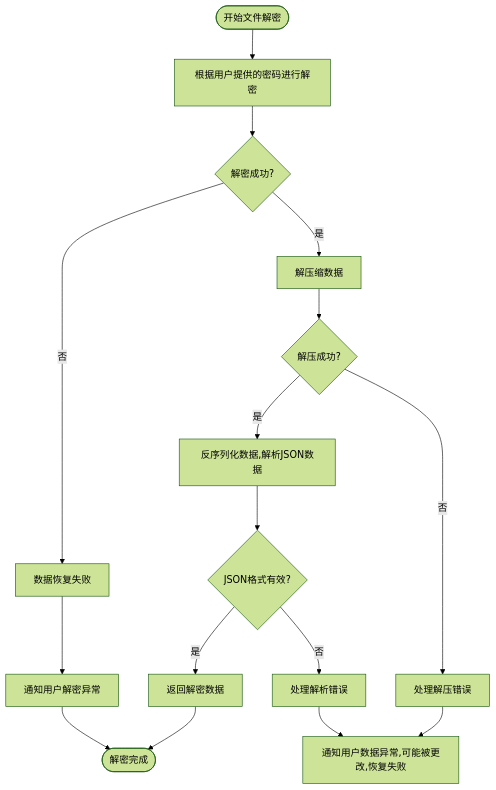
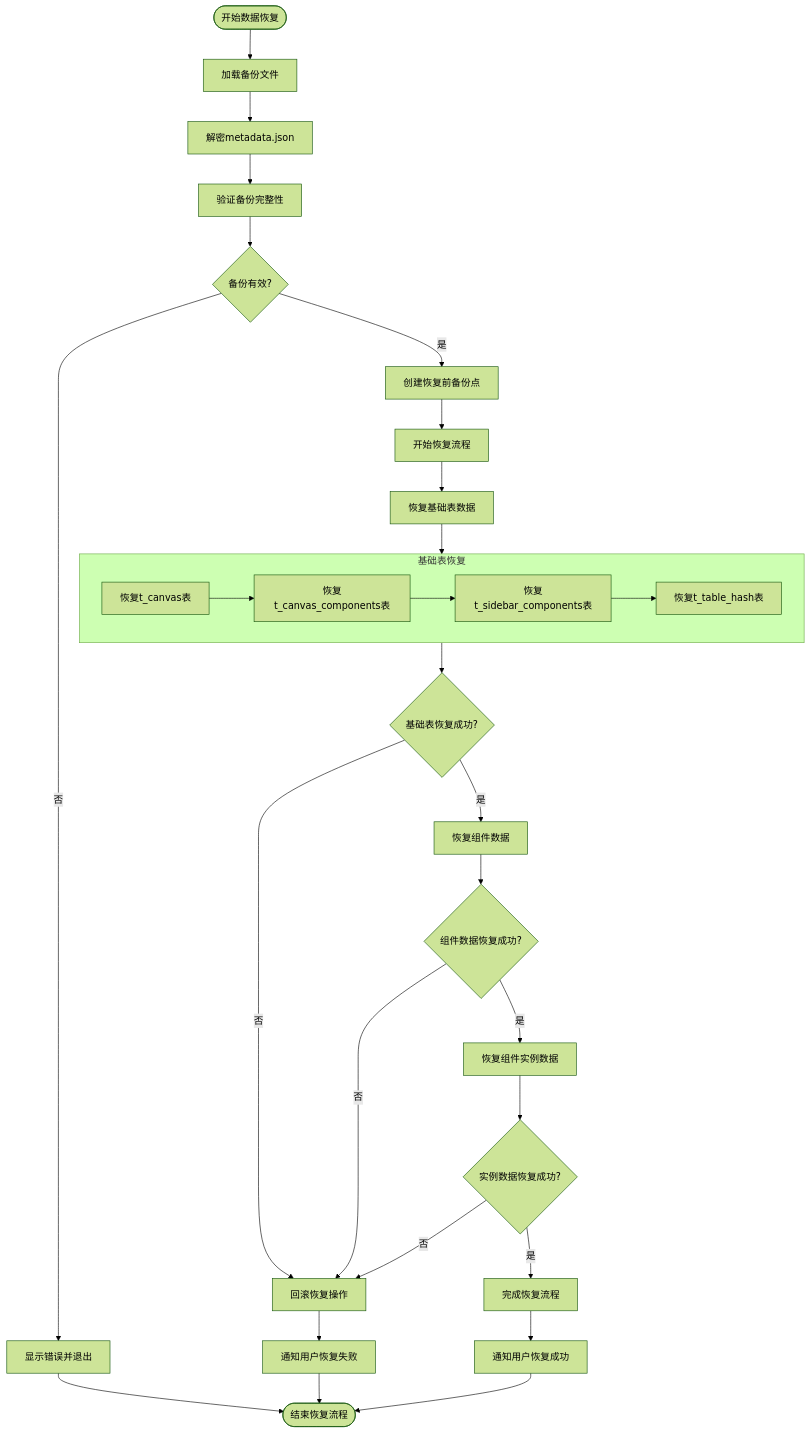
The diagram in all/未命名-60.md (yingjianzh/iodraw-files), drawn with Mermaid (forest theme) before and after one commit.

Commit message:
2025-05-15 15:14:13 update

````diff
--- a/all/未命名-60.md
+++ b/all/未命名-60.md
@@ -1,27 +1,42 @@
 ```mermaid
 
-
 flowchart TD
-    Start([开始文件解密]) --> ReadFile[根据用户提供的密码进行解密]
-    ReadFile --> DecryptionSuccess{解密成功?}
+    Start([开始数据恢复]) --> LoadBackup[加载备份文件]
+    LoadBackup --> DecryptMetadata[解密metadata.json]
+    DecryptMetadata --> VerifyBackup[验证备份完整性]
     
-    DecryptionSuccess -->|否| A[数据恢复失败]
-    DecryptionSuccess -->|是| DecompressData[解压缩数据]
+    VerifyBackup --> BackupValid{备份有效?}
+    BackupValid -->|否| ShowError[显示错误并退出]
+    BackupValid -->|是| CreateRestorePoint[创建恢复前备份点]
     
-    DecompressData --> DecompressionSuccess{解压成功?}
-    DecompressionSuccess -->|否| HandleDecompressError[处理解压错误]
-    DecompressionSuccess -->|是| ParseJSON[反序列化数据,解析JSON数据]
+    CreateRestorePoint --> BeginRestoreProcess[开始恢复流程]
+    BeginRestoreProcess --> RestoreBasicTables[恢复基础表数据]
     
-    ParseJSON --> JSONValid{JSON格式有效?}
-    JSONValid -->|否| HandleParseError[处理解析错误]
-    JSONValid -->|是| ReturnDecryptedData[返回解密数据]
+    subgraph BasicTableRestore [基础表恢复]
+        B1[恢复t_canvas表] --> B2[恢复t_canvas_components表]
+        B2 --> B3[恢复t_sidebar_components表]
+        B3 --> B4[恢复t_table_hash表]
+    end
     
-    ReturnDecryptedData --> End([解密完成])
+    RestoreBasicTables --> BasicTableRestore
     
-    HandleDecompressError --> LogError[通知用户数据异常,可能被更改,恢复失败]
-    HandleParseError --> LogError
+    BasicTableRestore --> BasicTablesComplete{基础表恢复成功?}
+    BasicTablesComplete -->|否| RollbackRestore[回滚恢复操作]
+    BasicTablesComplete -->|是| RestoreComponentData[恢复组件数据]
     
-    A --> ThrowException[通知用户解密异常]
-    ThrowException --> End
+    RestoreComponentData --> ComponentDataComplete{组件数据恢复成功?}
+    ComponentDataComplete -->|否| RollbackRestore
+    ComponentDataComplete -->|是| RestoreInstanceData[恢复组件实例数据]
+    
+    RestoreInstanceData --> InstanceDataComplete{实例数据恢复成功?}
+    InstanceDataComplete -->|否| RollbackRestore
+    InstanceDataComplete -->|是| FinalizeRestore[完成恢复流程]
+    
+    FinalizeRestore --> NotifySuccess[通知用户恢复成功]
+    RollbackRestore --> NotifyFailure[通知用户恢复失败]
+    
+    NotifySuccess --> End([结束恢复流程])
+    NotifyFailure --> End
+    ShowError --> End
 
 ```
````
